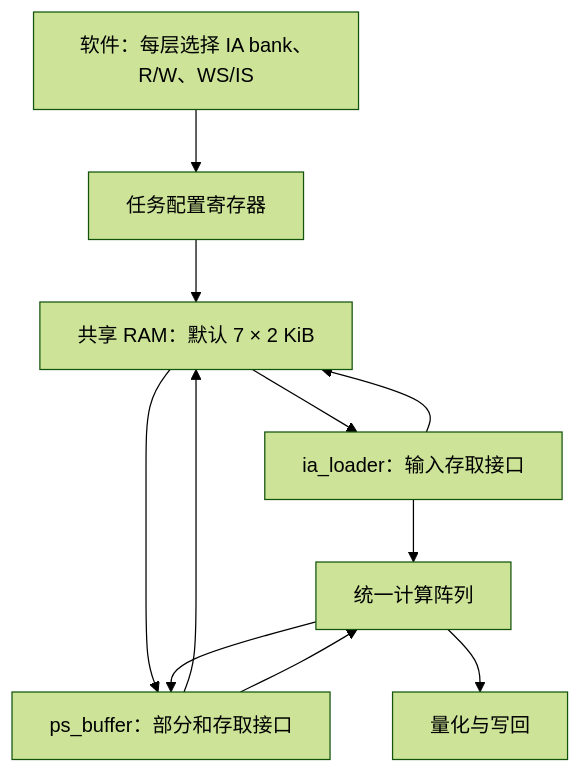
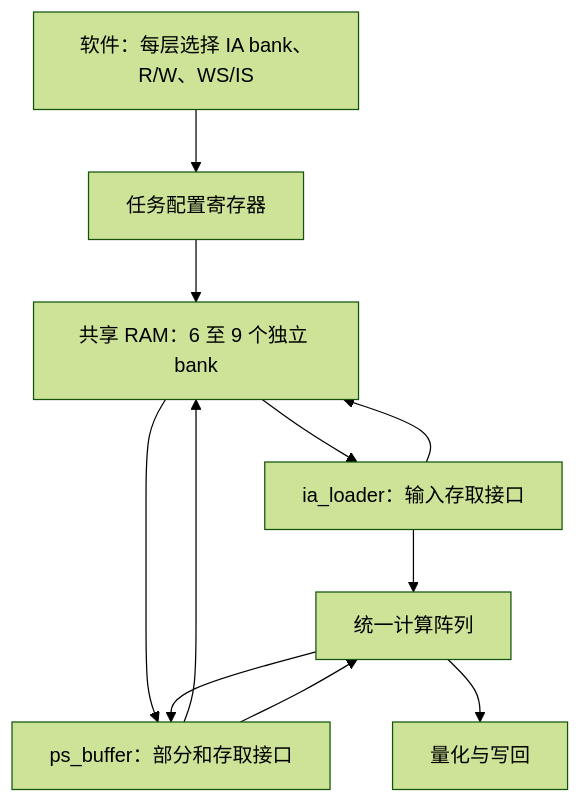
The diagram in docs/architecture.md (Little-W/mini_tflm_dsa), drawn with Mermaid (forest theme) before and after one commit. The commit also changed other lines of this file and 57 other files, not shown here.

````diff
--- a/docs/architecture.md
+++ b/docs/architecture.md
@@ -17,13 +19,13 @@
 ```mermaid
 flowchart TD
     SW["软件：每层选择 IA bank、R/W、WS/IS"] --> CFG["任务配置寄存器"]
-    CFG --> RAM["共享 RAM：默认 7 × 2 KiB"]
+    CFG --> RAM["共享 RAM：6 至 9 个独立 bank"]
     IA["ia_loader：输入存取接口"] --> RAM
     PS["ps_buffer：部分和存取接口"] --> RAM
     RAM --> IA
     RAM --> PS
     IA --> ARRAY["统一计算阵列"]
     PS --> ARRAY
     ARRAY --> PS
     ARRAY --> OUT["量化与写回"]
 ```
````
